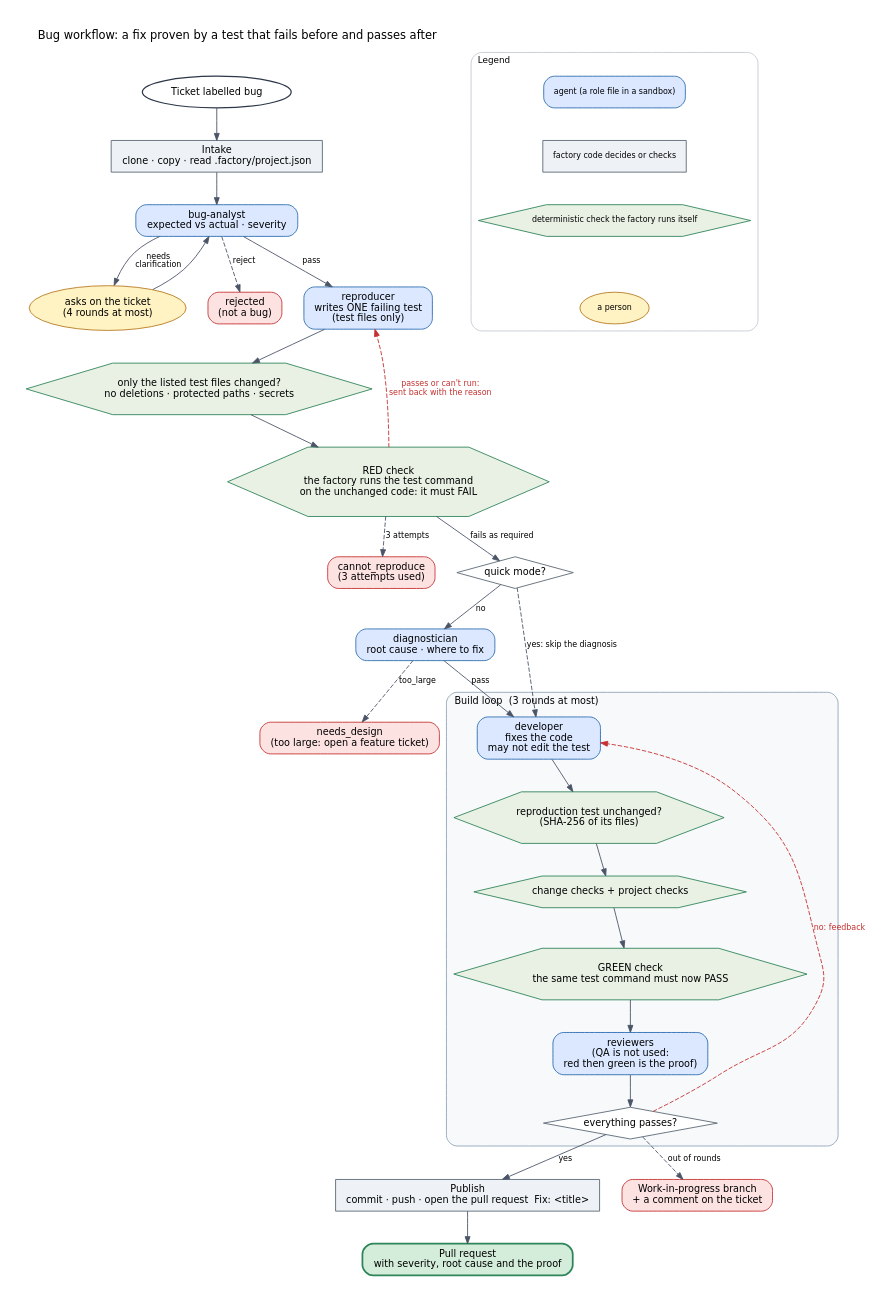
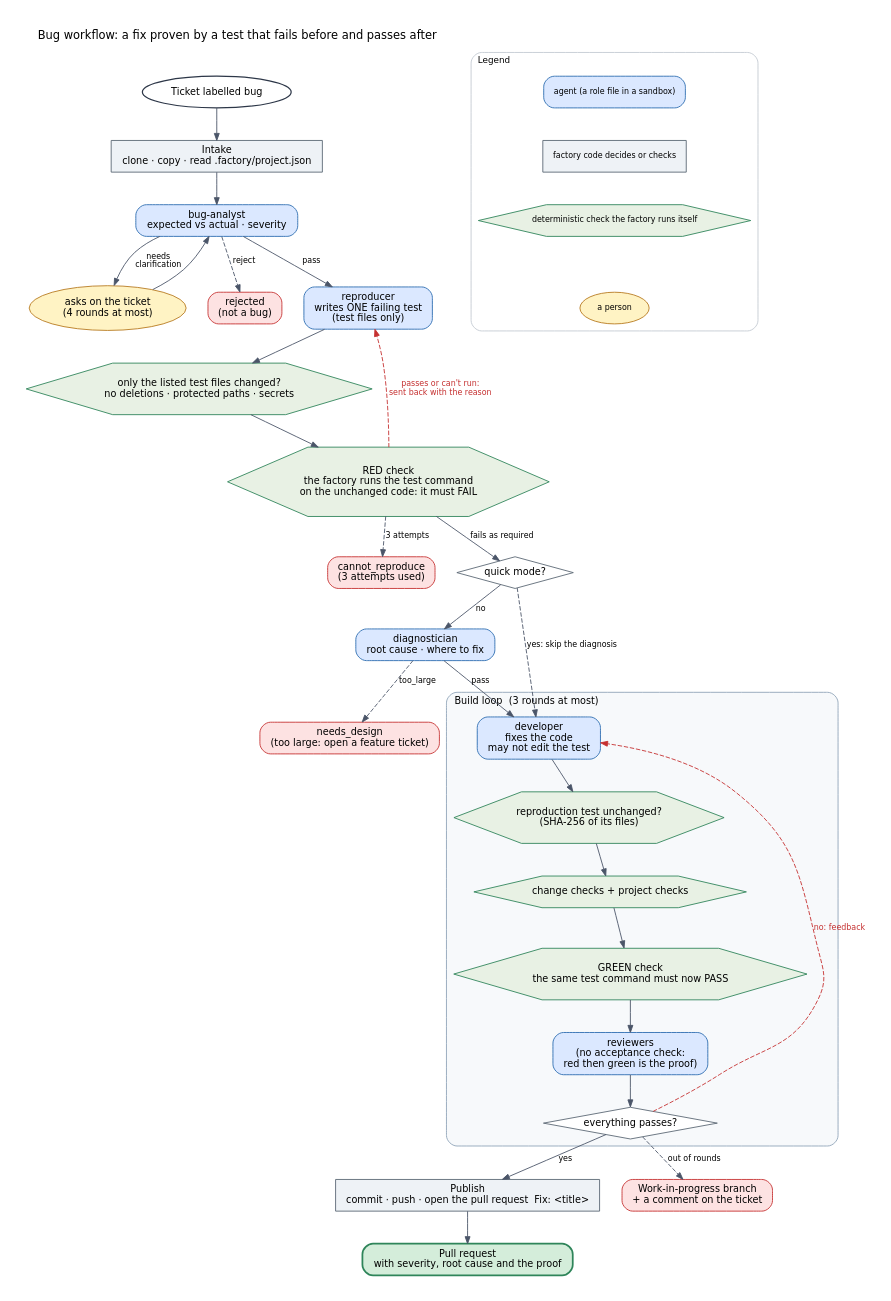
The diagram in docs/diagrams/bug-workflow.dot (ai-sdlc-factory/ai-sdlc-factory), drawn with Graphviz before and after one commit. The commit also changed 40 other files, not shown here.

```diff
--- a/docs/diagrams/bug-workflow.dot
+++ b/docs/diagrams/bug-workflow.dot
@@ -1,59 +1,59 @@
 digraph bug_workflow {
   graph [rankdir=TB, fontname="DejaVu Sans", fontsize=13, bgcolor=white, pad=0.3, nodesep=0.35, ranksep=0.5, labelloc=t, labeljust=l, compound=true];
   node  [fontname="DejaVu Sans", fontsize=11, shape=box, style="rounded,filled", margin="0.15,0.08", fillcolor="#eef2f6", color="#5b6773"];
   edge  [fontname="DejaVu Sans", fontsize=9, color="#4a5568", arrowsize=0.8];
   label="Bug workflow: a fix proven by a test that fails before and passes after";
 
   start   [label="Ticket labelled bug", shape=oval, style="filled", fillcolor="#ffffff", color="#2d3748", penwidth=1.4];
   intake  [label="Intake\nclone · copy · read .factory/project.json", shape=box, style="filled", fillcolor="#eef2f6", color="#5b6773"];
   banalyst[label="bug-analyst\nexpected vs actual · severity", shape=box, style="rounded,filled", fillcolor="#dbe8ff", color="#2b6cb0"];
   ask1    [label="asks on the ticket\n(4 rounds at most)", shape=ellipse, style="filled", fillcolor="#fff3c4", color="#b7791f"];
   rej     [label="rejected\n(not a bug)", shape=box, style="rounded,filled", fillcolor="#fde2e2", color="#c53030"];
   repro   [label="reproducer\nwrites ONE failing test\n(test files only)", shape=box, style="rounded,filled", fillcolor="#dbe8ff", color="#2b6cb0"];
   files   [label="only the listed test files changed?\nno deletions · protected paths · secrets", shape=hexagon, style="filled", fillcolor="#e8f1e4", color="#2f855a"];
   red     [label="RED check\nthe factory runs the test command\non the unchanged code: it must FAIL", shape=hexagon, style="filled", fillcolor="#e8f1e4", color="#2f855a"];
   cannot  [label="cannot_reproduce\n(3 attempts used)", shape=box, style="rounded,filled", fillcolor="#fde2e2", color="#c53030"];
   quick   [label="quick mode?", shape=diamond, style="filled", fillcolor="#ffffff", color="#5b6773", margin="0.05,0.05"];
   diag    [label="diagnostician\nroot cause · where to fix", shape=box, style="rounded,filled", fillcolor="#dbe8ff", color="#2b6cb0"];
   large   [label="needs_design\n(too large: open a feature ticket)", shape=box, style="rounded,filled", fillcolor="#fde2e2", color="#c53030"];
 
   subgraph cluster_build {
     label="Build loop  (3 rounds at most)"; style="rounded,filled"; color="#8fa3b8"; fillcolor="#f7f9fb"; fontsize=11;
     developer[label="developer\nfixes the code\nmay not edit the test", shape=box, style="rounded,filled", fillcolor="#dbe8ff", color="#2b6cb0"];
     tamper   [label="reproduction test unchanged?\n(SHA-256 of its files)", shape=hexagon, style="filled", fillcolor="#e8f1e4", color="#2f855a"];
     gates    [label="change checks + project checks", shape=hexagon, style="filled", fillcolor="#e8f1e4", color="#2f855a"];
     green    [label="GREEN check\nthe same test command must now PASS", shape=hexagon, style="filled", fillcolor="#e8f1e4", color="#2f855a"];
-    reviewers[label="reviewers\n(QA is not used:\nred then green is the proof)", shape=box, style="rounded,filled", fillcolor="#dbe8ff", color="#2b6cb0"];
+    reviewers[label="reviewers\n(no acceptance check:\nred then green is the proof)", shape=box, style="rounded,filled", fillcolor="#dbe8ff", color="#2b6cb0"];
     ok       [label="everything passes?", shape=diamond, style="filled", fillcolor="#ffffff", color="#5b6773", margin="0.05,0.05"];
   }
   publish [label="Publish\ncommit · push · open the pull request  Fix: <title>", shape=box, style="filled", fillcolor="#eef2f6", color="#5b6773"];
   pr      [label="Pull request\nwith severity, root cause and the proof", shape=box, style="rounded,filled,bold", fillcolor="#d4edda", color="#2f855a"];
   wip     [label="Work-in-progress branch\n+ a comment on the ticket", shape=box, style="rounded,filled", fillcolor="#fde2e2", color="#c53030"];
 
   start -> intake -> banalyst;
   banalyst -> ask1 [label="needs\nclarification"]; ask1 -> banalyst;
   banalyst -> rej [style=dashed, label="reject"];
   banalyst -> repro [label="pass"];
   repro -> files -> red;
   red -> repro [label="passes or can't run:\nsent back with the reason", style=dashed, color="#c53030", fontcolor="#c53030"];
   red -> cannot [label="3 attempts", style=dashed];
   red -> quick [label="fails as required"];
   quick -> diag [label="no"];
   quick -> developer [label="yes: skip the diagnosis", style=dashed];
   diag -> large [label="too_large", style=dashed];
   diag -> developer [label="pass"];
   developer -> tamper -> gates -> green -> reviewers -> ok;
   ok -> publish [label="yes"];
   ok -> developer [label="no: feedback", constraint=false, style=dashed, color="#c53030", fontcolor="#c53030"];
   publish -> pr;
   ok -> wip [label="out of rounds", style=dashed];
 
   subgraph cluster_legend {
     label="Legend"; style="rounded"; color="#c3cad2"; fontsize=10; rank=sink;
     bul1 [label="agent (a role file in a sandbox)", shape=box, style="rounded,filled", fillcolor="#dbe8ff", color="#2b6cb0", fontsize=9];
     bul2 [label="factory code decides or checks", shape=box, style="filled", fillcolor="#eef2f6", color="#5b6773", fontsize=9];
     bul3 [label="deterministic check the factory runs itself", shape=hexagon, style="filled", fillcolor="#e8f1e4", color="#2f855a", fontsize=9];
     bul4 [label="a person", shape=ellipse, style="filled", fillcolor="#fff3c4", color="#b7791f", fontsize=9];
     bul1 -> bul2 -> bul3 -> bul4 [style=invis];
   }
 }
```
